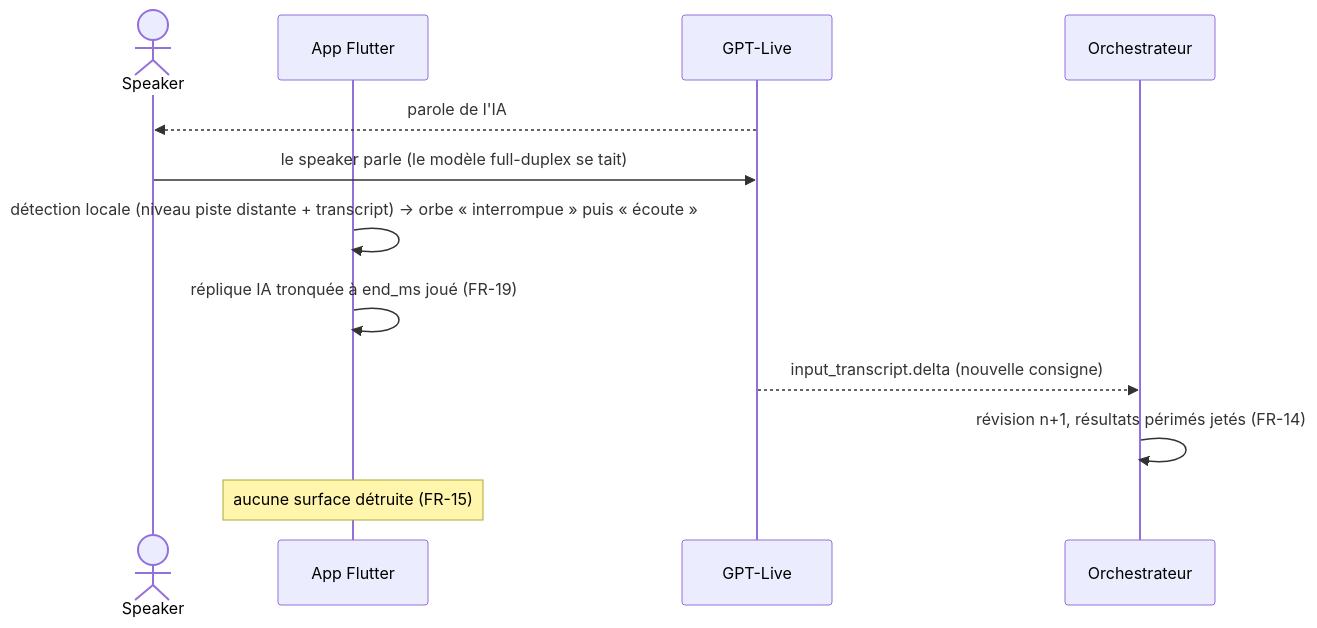
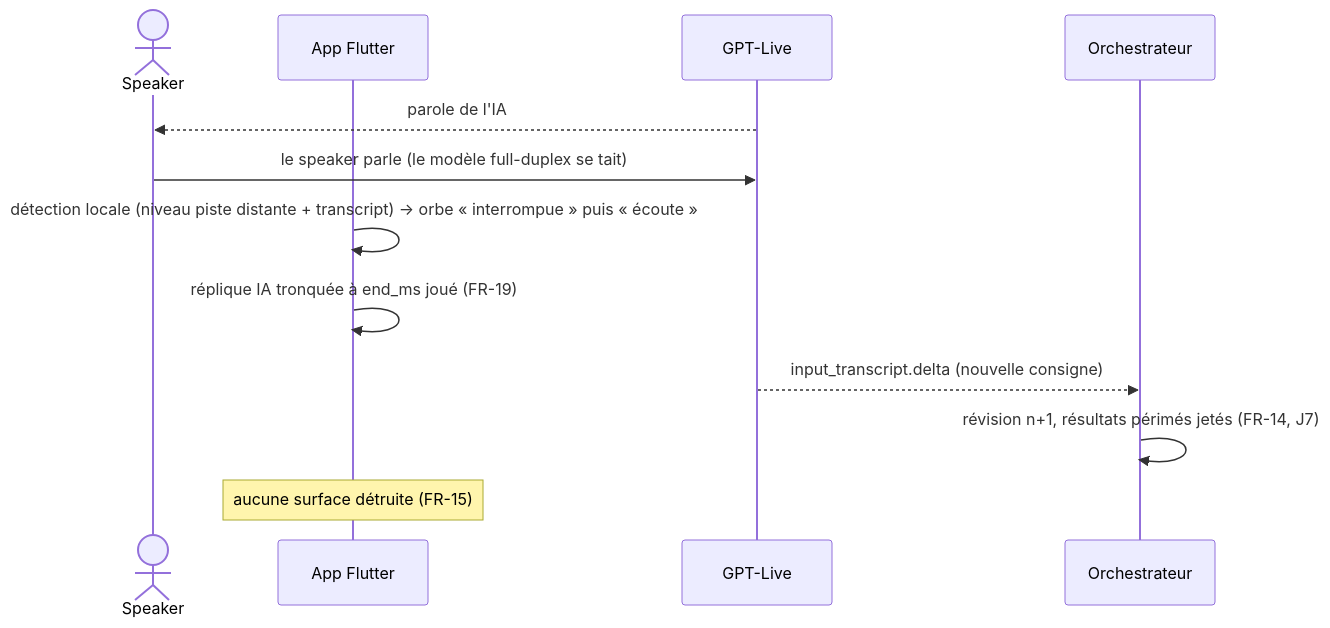
The fourth of 5 diagrams in product/architecture/agents-protocols.md (b-fontaine/ai_voice_ui), drawn with Mermaid before and after one commit. The commit also changed other lines of this file and 24 other files, not shown here.

````diff
--- a/product/architecture/agents-protocols.md
+++ b/product/architecture/agents-protocols.md
@@ -101,14 +102,14 @@
 ```mermaid
 sequenceDiagram
   actor S as Speaker
   participant App as App Flutter
   participant L as GPT-Live
   participant O as Orchestrateur
   L-->>S: parole de l'IA
   S->>L: le speaker parle (le modèle full-duplex se tait)
   App->>App: détection locale (niveau piste distante + transcript) → orbe « interrompue » puis « écoute »
   App->>App: réplique IA tronquée à end_ms joué (FR-19)
   L-->>O: input_transcript.delta (nouvelle consigne)
-  O->>O: révision n+1, résultats périmés jetés (FR-14)
+  O->>O: révision n+1, résultats périmés jetés (FR-14, J7)
   Note over App: aucune surface détruite (FR-15)
 ```
````
